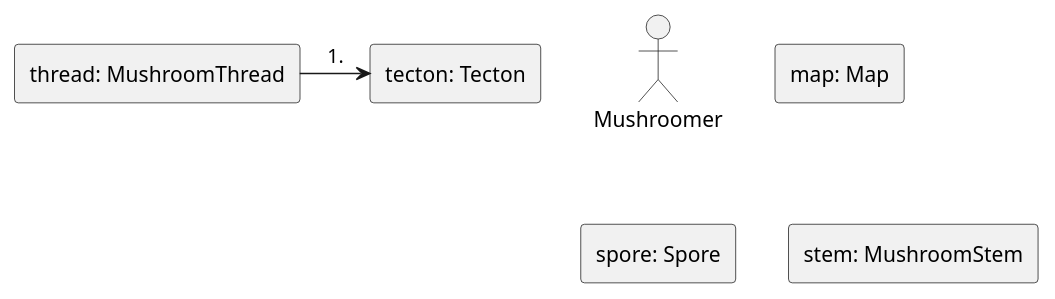
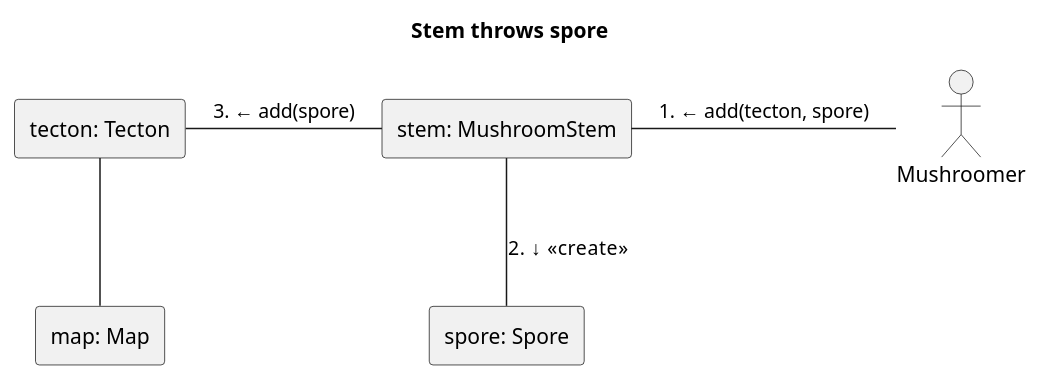
One commit to Petya-G/fungorium changed the diagram in 5/communication_diagrams/throws_spore.puml. Above: the diagram before and after it, drawn with PlantUML.

Commit message:
# throws spore diagram v1

```diff
--- a/5/communication_diagrams/throws_spore.puml
+++ b/5/communication_diagrams/throws_spore.puml
@@ -2,12 +2,17 @@
 @startuml Throws spore
+title Stem throws spore
 skinparam linestyle ortho
 actor Mushroomer
 rectangle "map: Map" as 1
 rectangle "tecton: Tecton" as 2.1
-rectangle "thread: MushroomThread" as 3
 rectangle "spore: Spore" as 4
 rectangle "stem: MushroomStem" as 5
 
-3 -right-> 2.1: 1. 
+Mushroomer -left- 5: 1. ← add(tecton, spore)
+5 -down- 4: 2. ↓ <<create>>
+5 -left- 2.1: 3. ← add(spore)
+2.1 -down- 1
+
+
 
 @enduml
```
